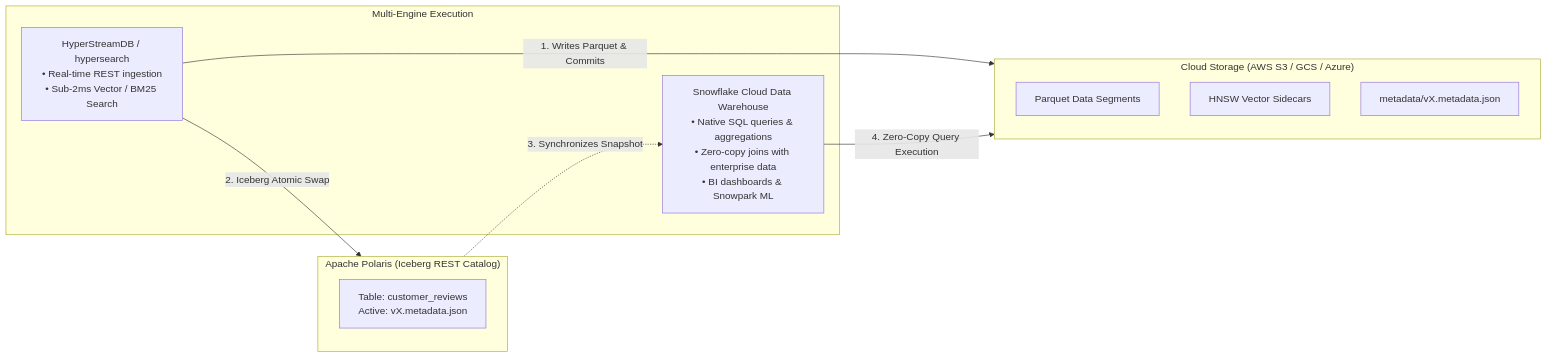
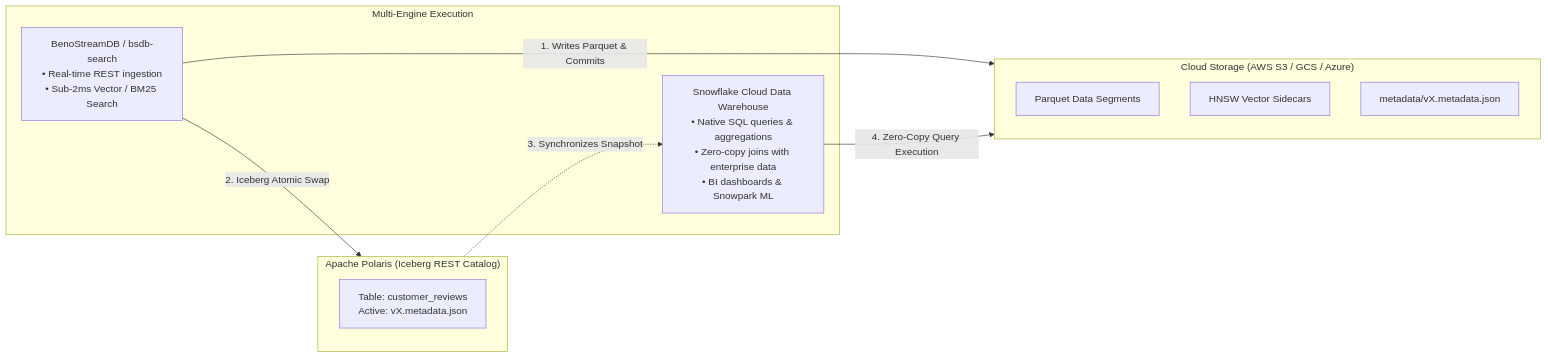
One commit to benolabsai/benostreamdb changed the diagram in docs/SNOWFLAKE_POLARIS_GUIDE.md. Above: the diagram before and after it, drawn with Mermaid. The commit also changed other lines of this file and 692 other files, not shown here.

Commit message:
chore: rebrand to BenoStreamDB v0.10.0

````diff
--- a/docs/SNOWFLAKE_POLARIS_GUIDE.md
+++ b/docs/SNOWFLAKE_POLARIS_GUIDE.md
@@ -14,22 +14,22 @@
 ```mermaid
 flowchart LR
     subgraph S3 ["Cloud Storage (AWS S3 / GCS / Azure)"]
         Parquet["Parquet Data Segments"]
         HNSW["HNSW Vector Sidecars"]
         Meta["metadata/vX.metadata.json"]
     end
 
     subgraph Polaris ["Apache Polaris (Iceberg REST Catalog)"]
         CatalogPointer["Table: customer_reviews<br>Active: vX.metadata.json"]
     end
 
     subgraph Workloads ["Multi-Engine Execution"]
-        HDB["HyperStreamDB / hypersearch<br>• Real-time REST ingestion<br>• Sub-2ms Vector / BM25 Search"]
+        BSDB["BenoStreamDB / bsdb-search<br>• Real-time REST ingestion<br>• Sub-2ms Vector / BM25 Search"]
         Snowflake["Snowflake Cloud Data Warehouse<br>• Native SQL queries & aggregations<br>• Zero-copy joins with enterprise data<br>• BI dashboards & Snowpark ML"]
     end
 
-    HDB -->|1. Writes Parquet & Commits| S3
-    HDB -->|2. Iceberg Atomic Swap| Polaris
+    BSDB -->|1. Writes Parquet & Commits| S3
+    BSDB -->|2. Iceberg Atomic Swap| Polaris
     Polaris -.->|3. Synchronizes Snapshot| Snowflake
     Snowflake -->|4. Zero-Copy Query Execution| S3
 ```
````
